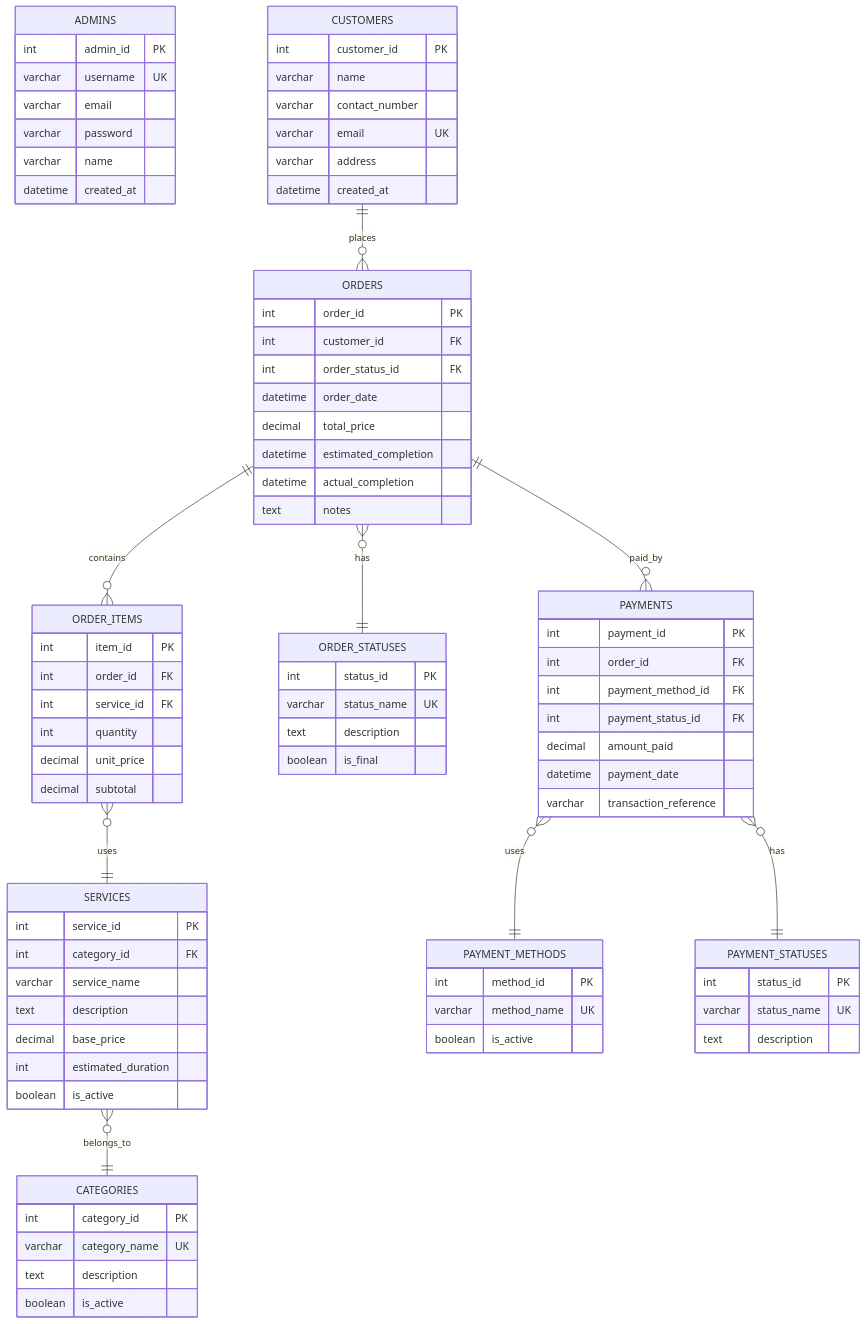
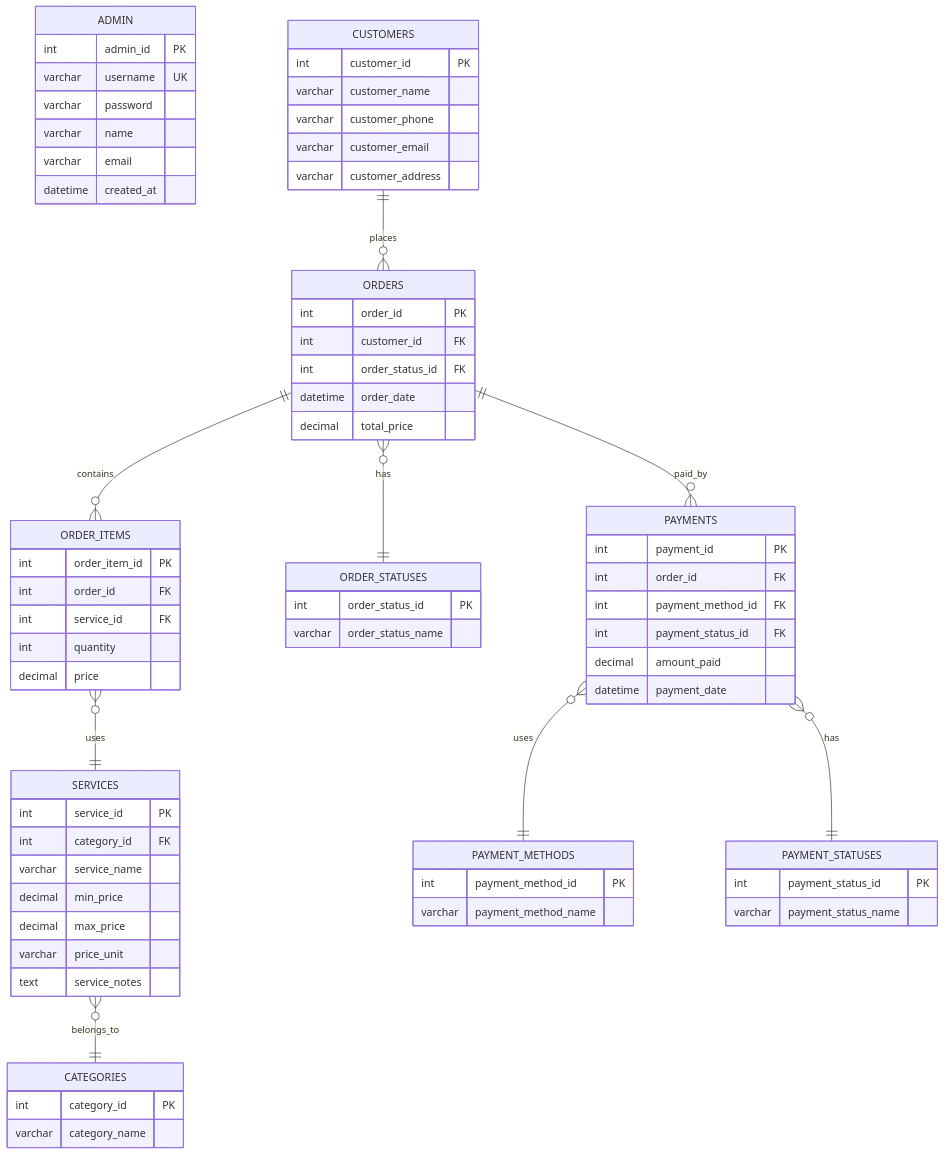
The first of 2 diagrams in README.md (ariabytes/laundry-management-and-services-system), drawn with Mermaid before and after one commit. The commit also changed other lines of this file and 8 other files, not shown here.

````diff
--- a/README.md
+++ b/README.md
@@ -468,21 +214,20 @@
 ```mermaid
 erDiagram
-    ADMINS {
+    ADMIN {
         int admin_id PK
         varchar username UK
-        varchar email
         varchar password
         varchar name
+        varchar email
         datetime created_at
     }
 
     CUSTOMERS {
         int customer_id PK
-        varchar name
-        varchar contact_number
-        varchar email UK
-        varchar address
-        datetime created_at
+        varchar customer_name
+        varchar customer_phone
+        varchar customer_email
+        varchar customer_address
     }
 
     ORDERS {
@@ -491,42 +236,34 @@
         int order_status_id FK
         datetime order_date
         decimal total_price
-        datetime estimated_completion
-        datetime actual_completion
-        text notes
     }
 
     ORDER_ITEMS {
-        int item_id PK
+        int order_item_id PK
         int order_id FK
         int service_id FK
         int quantity
-        decimal unit_price
-        decimal subtotal
+        decimal price
     }
 
     SERVICES {
         int service_id PK
         int category_id FK
         varchar service_name
-        text description
-        decimal base_price
-        int estimated_duration
-        boolean is_active
+        decimal min_price
+        decimal max_price
+        varchar price_unit
+        text service_notes
     }
 
     CATEGORIES {
         int category_id PK
-        varchar category_name UK
-        text description
-        boolean is_active
+        varchar category_name
     }
 
     ORDER_STATUSES {
-        int status_id PK
-        varchar status_name UK
-        text description
-        boolean is_final
+        int order_status_id PK
+        varchar order_status_name
     }
 
     PAYMENTS {
@@ -536,22 +273,18 @@
         int payment_status_id FK
         decimal amount_paid
         datetime payment_date
-        varchar transaction_reference
     }
 
     PAYMENT_METHODS {
-        int method_id PK
-        varchar method_name UK
-        boolean is_active
+        int payment_method_id PK
+        varchar payment_method_name
     }
 
     PAYMENT_STATUSES {
-        int status_id PK
-        varchar status_name UK
-        text description
+        int payment_status_id PK
+        varchar payment_status_name
     }
 
-    %% Relationships
     CUSTOMERS ||--o{ ORDERS : "places"
     ORDERS ||--o{ ORDER_ITEMS : "contains"
     ORDERS }o--|| ORDER_STATUSES : "has"
````
